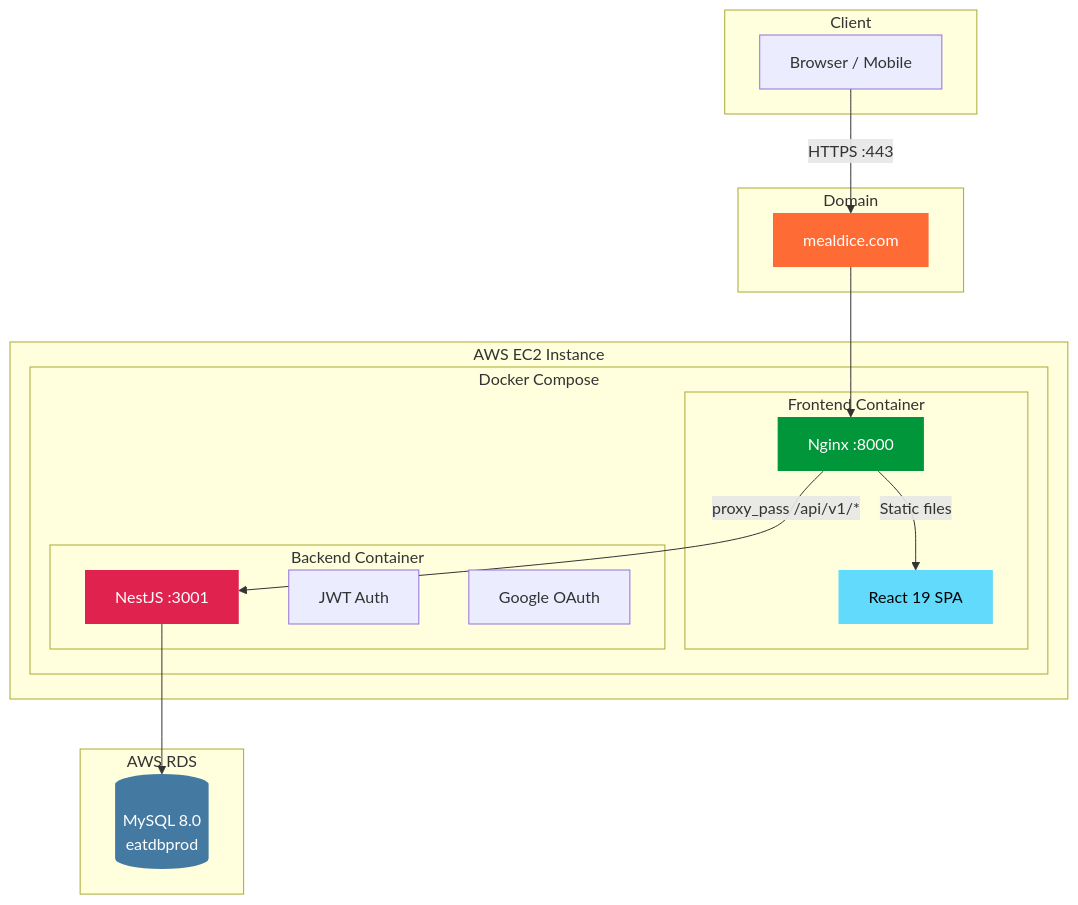
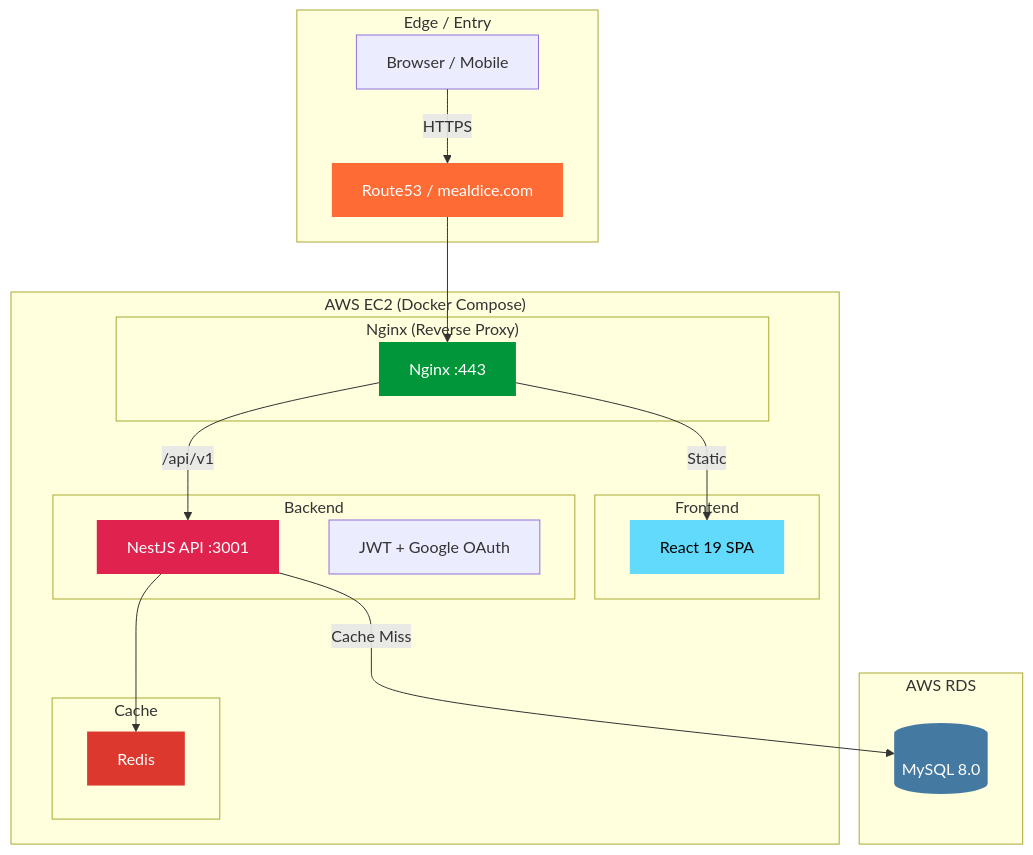
One commit to 986913/WHATTOEAT changed the first of 4 diagrams in readme.md. Above: the diagram before and after it, drawn with Mermaid. The commit also changed other lines of this file, not shown here.

````diff
--- a/readme.md
+++ b/readme.md
@@ -29,40 +29,46 @@
 ```mermaid
 graph TB
-    subgraph Client
+    subgraph Edge["Edge / Entry"]
         Browser["Browser / Mobile"]
+        DNS["Route53 / mealdice.com"]
     end
 
-    subgraph Domain
-        DNS["mealdice.com"]
-    end
+    subgraph EC2["AWS EC2 (Docker Compose)"]
+        subgraph NginxLayer["Nginx (Reverse Proxy)"]
+            Nginx["Nginx :443"]
+        end
 
-    subgraph EC2["AWS EC2 Instance"]
-        subgraph Docker["Docker Compose"]
-            subgraph FE["Frontend Container"]
-                Nginx["Nginx :8000"]
-                React["React 19 SPA"]
-            end
-            subgraph BE["Backend Container"]
-                NestJS["NestJS :3001"]
-                JWT["JWT Auth"]
-                Google["Google OAuth"]
-            end
+        subgraph FE["Frontend"]
+            React["React 19 SPA"]
+        end
+
+        subgraph BE["Backend"]
+            NestJS["NestJS API :3001"]
+            Auth["JWT + Google OAuth"]
+        end
+
+        subgraph Cache["Cache"]
+            Redis["Redis"]
         end
     end
 
-    subgraph AWS["AWS RDS"]
-        MySQL[("MySQL 8.0<br/>eatdbprod")]
+    subgraph RDS["AWS RDS"]
+        MySQL[("MySQL 8.0")]
     end
 
-    Browser -->|"HTTPS :443"| DNS
+    Browser -->|"HTTPS"| DNS
     DNS --> Nginx
-    Nginx -->|"Static files"| React
-    Nginx -->|"proxy_pass /api/v1/*"| NestJS
-    NestJS --> MySQL
+
+    Nginx -->|"Static"| React
+    Nginx -->|"/api/v1"| NestJS
+
+    NestJS --> Redis
+    NestJS -->|"Cache Miss"| MySQL
 
     style DNS fill:#FF6B35,color:#fff,stroke:none
     style Nginx fill:#009639,color:#fff,stroke:none
     style NestJS fill:#E0234E,color:#fff,stroke:none
     style MySQL fill:#4479A1,color:#fff,stroke:none
     style React fill:#61DAFB,color:#000,stroke:none
+    style Redis fill:#DC382D,color:#fff,stroke:none
 ```
````
